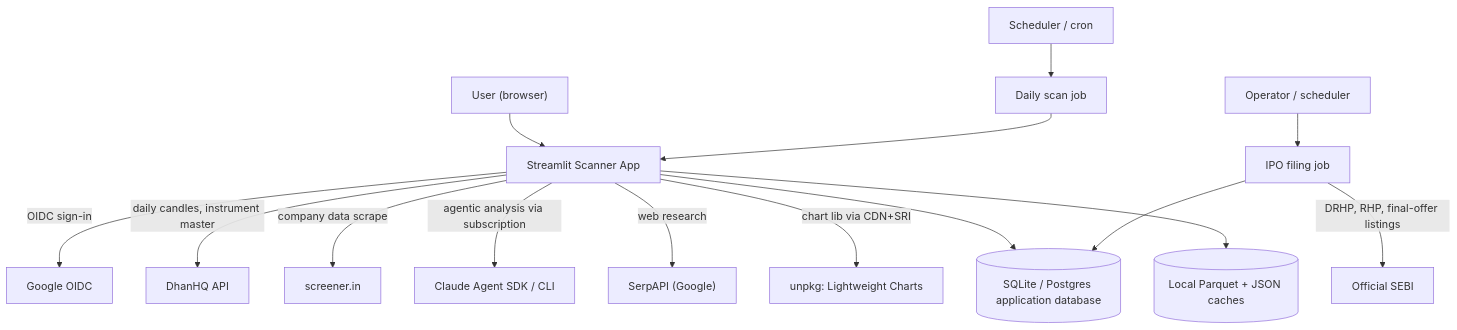
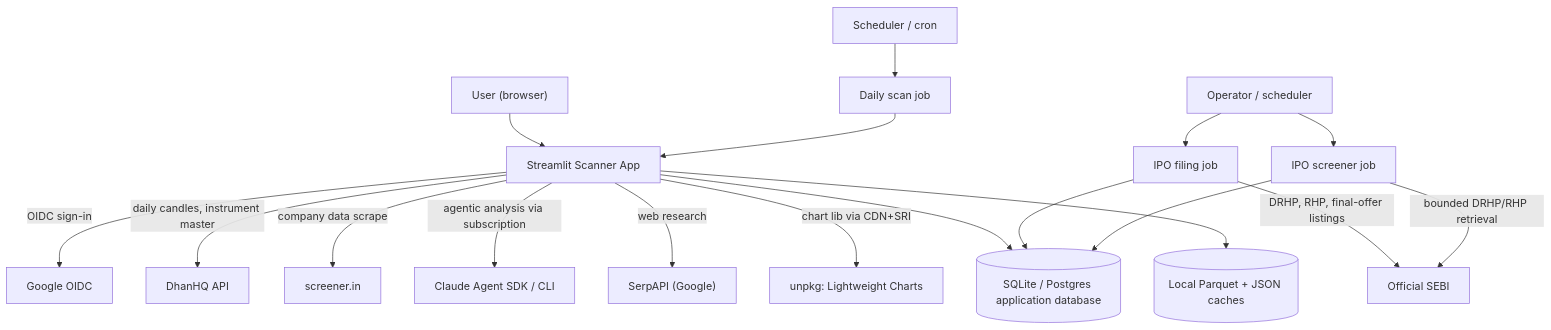
One commit to DoRmAmMu1997/Streamlit-Scanner-App changed the first of 7 diagrams in docs/architecture/high-level-design.md. Above: the diagram before and after it, drawn with Mermaid. The commit also changed other lines of this file and 11 other files, not shown here.

````diff
--- a/docs/architecture/high-level-design.md
+++ b/docs/architecture/high-level-design.md
@@ -61,17 +64,20 @@
 ```mermaid
 flowchart TD
     User["User (browser)"] --> APP["Streamlit Scanner App"]
     Cron["Scheduler / cron"] --> JOB["Daily scan job"]
     JOB --> APP
     Operator["Operator / scheduler"] --> IPOJOB["IPO filing job"]
+    Operator --> IPOSCREEN["IPO screener job"]
     IPOJOB -->|DRHP, RHP, final-offer listings| SEBI["Official SEBI"]
+    IPOSCREEN -->|bounded DRHP/RHP retrieval| SEBI
     APP -->|OIDC sign-in| Google["Google OIDC"]
     APP -->|daily candles, instrument master| Dhan["DhanHQ API"]
     APP -->|company data scrape| ScreenerIn["screener.in"]
     APP -->|agentic analysis via subscription| Claude["Claude Agent SDK / CLI"]
     APP -->|web research| Serp["SerpAPI (Google)"]
     APP -->|chart lib via CDN+SRI| CDN["unpkg: Lightweight Charts"]
     APP --> DB[("SQLite / Postgres application database")]
     IPOJOB --> DB
+    IPOSCREEN --> DB
     APP --> Cache[("Local Parquet + JSON caches")]
 ```
````
